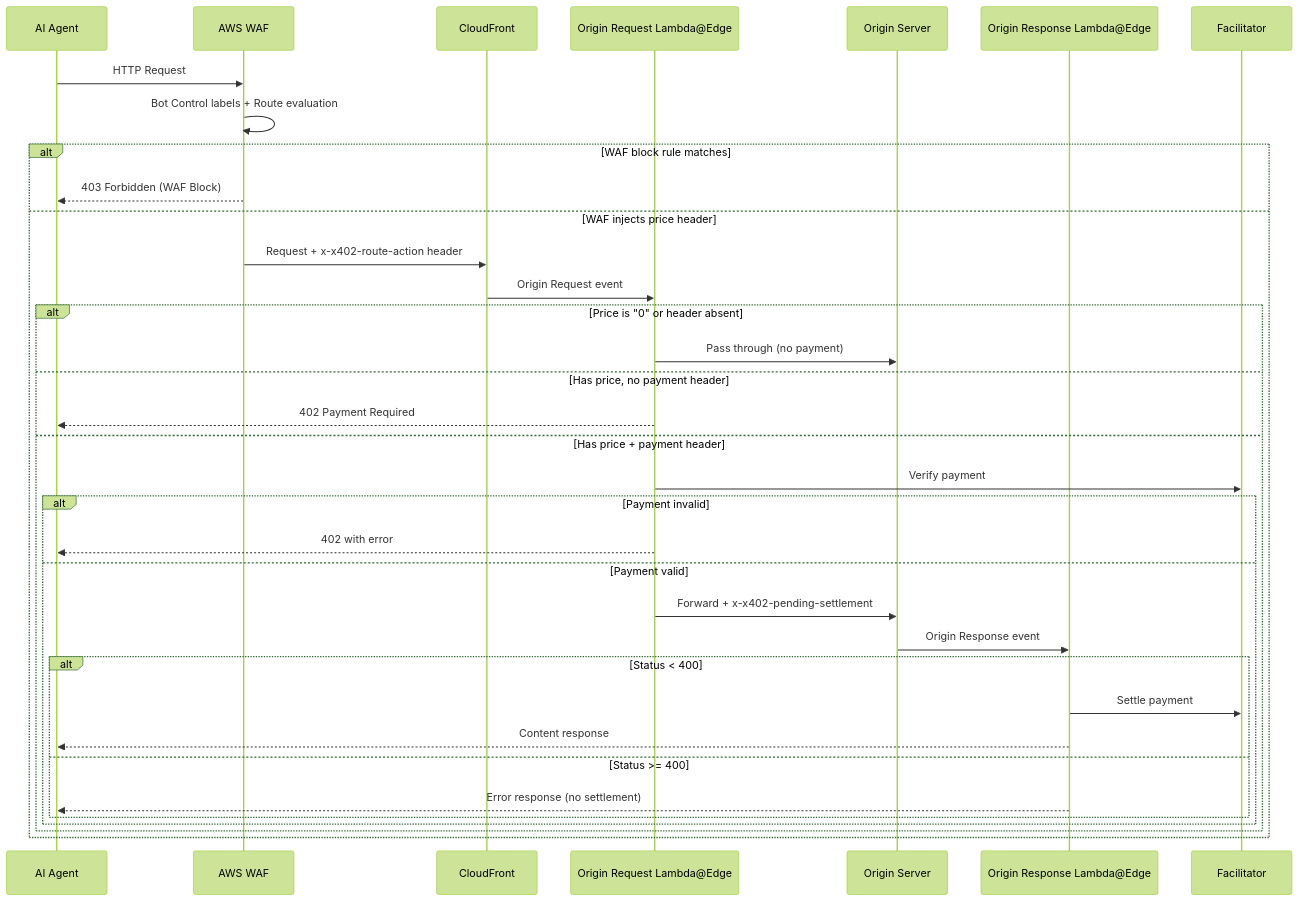
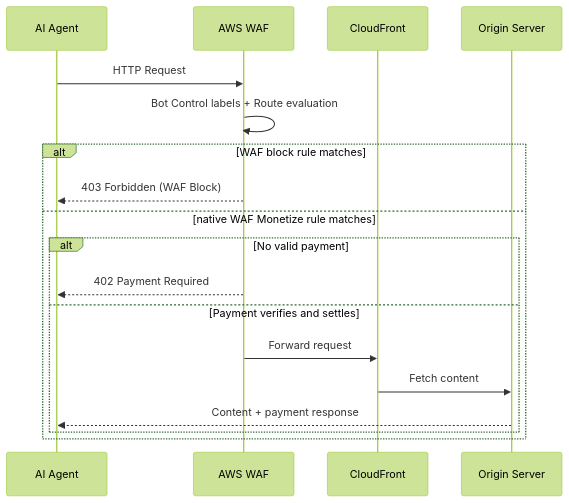
One commit to aws-samples/sample-x402-content-monetization-with-cloudfront-and-waf changed the second of 3 diagrams in README.md. Above: the diagram before and after it, drawn with Mermaid (forest theme). The commit also changed other lines of this file and 23 other files, not shown here.

Commit message:
feat: migrate AWS sample to native WAF monetization

````diff
--- a/README.md
+++ b/README.md
@@ -57,40 +67,22 @@
 ```mermaid
 sequenceDiagram
     participant Agent as AI Agent
     participant WAF as AWS WAF
     participant CF as CloudFront
-    participant LReq as Origin Request Lambda@Edge
     participant Origin as Origin Server
-    participant LRes as Origin Response Lambda@Edge
-    participant Facilitator as Facilitator
 
     Agent->>WAF: HTTP Request
     WAF->>WAF: Bot Control labels + Route evaluation
 
     alt WAF block rule matches
         WAF-->>Agent: 403 Forbidden (WAF Block)
-    else WAF injects price header
-        WAF->>CF: Request + x-x402-route-action header
-        CF->>LReq: Origin Request event
-
-        alt Price is "0" or header absent
-            LReq->>Origin: Pass through (no payment)
-        else Has price, no payment header
-            LReq-->>Agent: 402 Payment Required
-        else Has price + payment header
-            LReq->>Facilitator: Verify payment
-            alt Payment invalid
-                LReq-->>Agent: 402 with error
-            else Payment valid
-                LReq->>Origin: Forward + x-x402-pending-settlement
-                Origin->>LRes: Origin Response event
-                alt Status < 400
-                    LRes->>Facilitator: Settle payment
-                    LRes-->>Agent: Content response
-                else Status >= 400
-                    LRes-->>Agent: Error response (no settlement)
-                end
-            end
+    else native WAF Monetize rule matches
+        alt No valid payment
+            WAF-->>Agent: 402 Payment Required
+        else Payment verifies and settles
+            WAF->>CF: Forward request
+            CF->>Origin: Fetch content
+            Origin-->>Agent: Content + payment response
         end
     end
 ```
````
